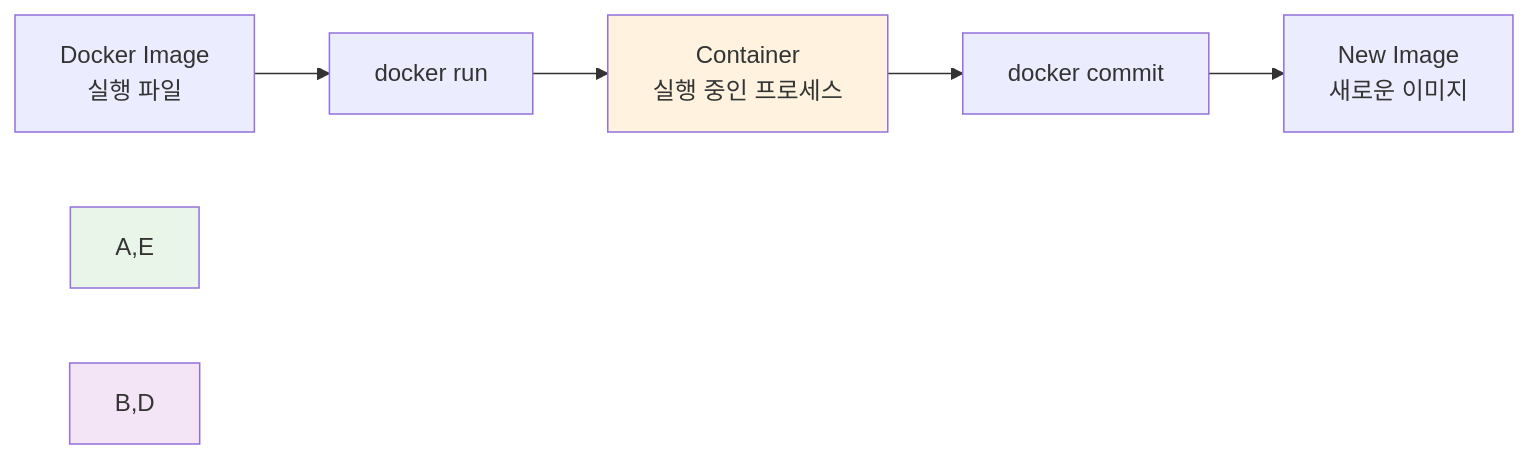
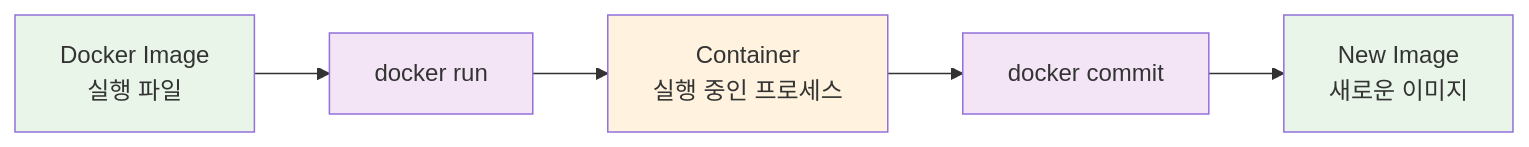
Before and after one commit to niceguy61/kdt_devops_lecture_2025: the fifth of 10 diagrams in theory/week_01/day2/README.md, drawn with Mermaid. The commit also changed other lines of this file and 1 other file, not shown here.

````diff
--- a/theory/week_01/day2/README.md
+++ b/theory/week_01/day2/README.md
@@ -202,11 +215,13 @@
 ```mermaid
 graph LR
     A[Docker Image<br/>실행 파일] --> B[docker run]
     B --> C[Container<br/>실행 중인 프로세스]
     C --> D[docker commit]
     D --> E[New Image<br/>새로운 이미지]
     
-    style A,E fill:#e8f5e8
+    style A fill:#e8f5e8
+    style E fill:#e8f5e8
     style C fill:#fff3e0
-    style B,D fill:#f3e5f5
+    style B fill:#f3e5f5
+    style D fill:#f3e5f5
 ```
````
